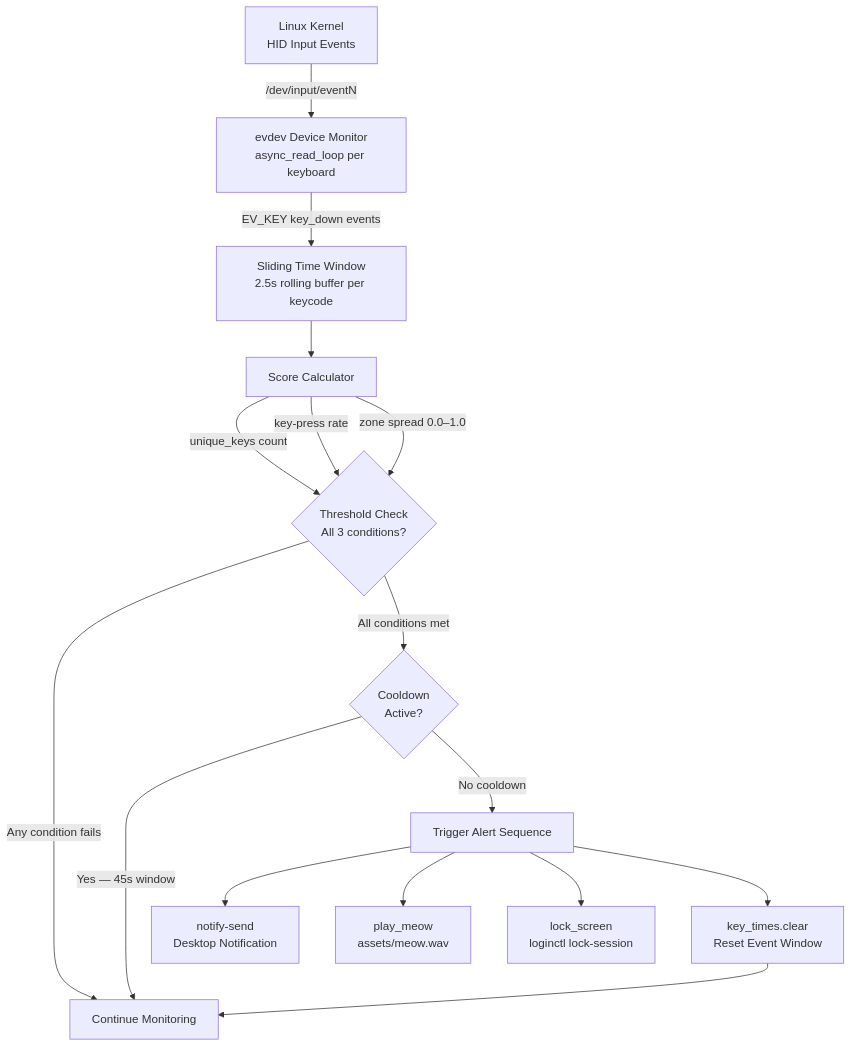
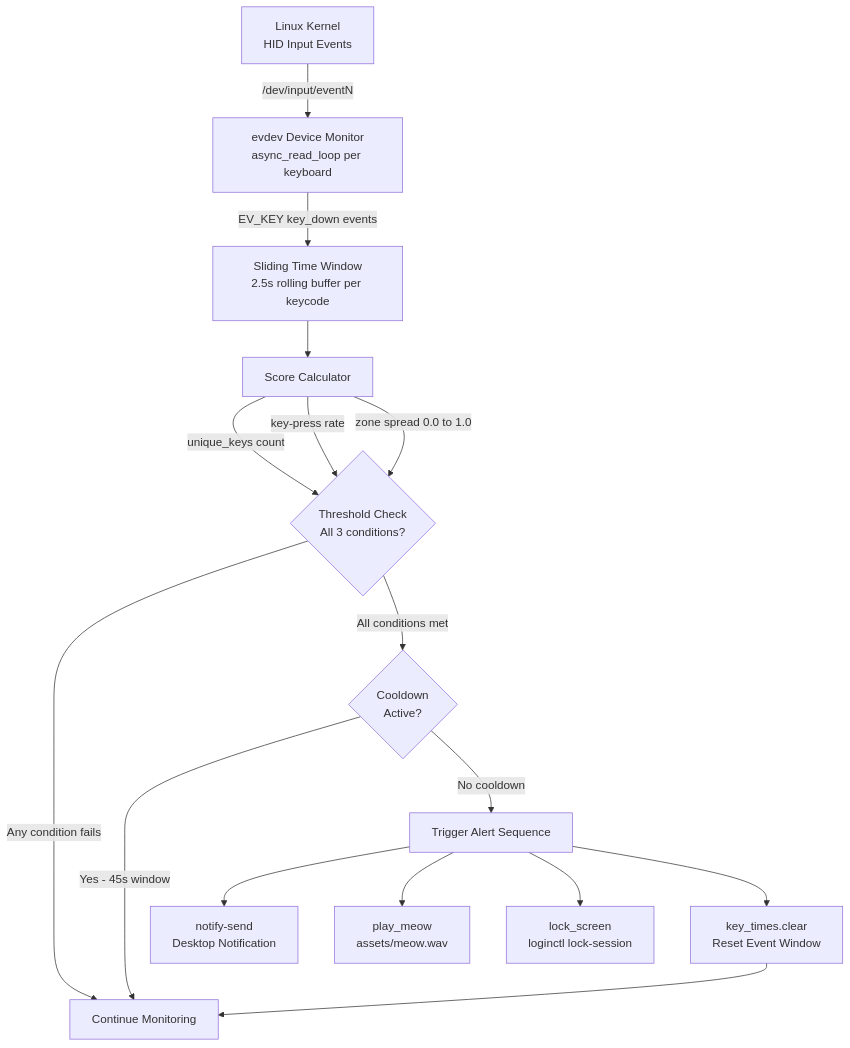
Before and after one commit to hkevin01/cat-detector: the first of 4 diagrams in README.md, drawn with Mermaid.

Commit message:
fix: improve readability of flowchart in README.md

````diff
--- a/README.md
+++ b/README.md
@@ -92,18 +92,18 @@
 ```mermaid
 flowchart TD
-    A[Linux Kernel\nHID Input Events] -->|/dev/input/eventN| B[evdev Device Monitor\nasync_read_loop per keyboard]
-    B -->|EV_KEY key_down events| C[Sliding Time Window\n2.5s rolling buffer per keycode]
-    C --> D[Score Calculator]
-    D -->|unique_keys count| E{Threshold Check\nAll 3 conditions?}
-    D -->|key-press rate| E
-    D -->|zone spread 0.0–1.0| E
-    E -->|Any condition fails| F[Continue Monitoring]
-    E -->|All conditions met| G{Cooldown\nActive?}
-    G -->|Yes — 45s window| F
-    G -->|No cooldown| H[Trigger Alert Sequence]
-    H --> I[notify-send\nDesktop Notification]
-    H --> J[play_meow\nassets/meow.wav]
-    H --> K[lock_screen\nloginctl lock-session]
-    H --> L[key_times.clear\nReset Event Window]
+  A["Linux Kernel<br/>HID Input Events"] -->|"/dev/input/eventN"| B["evdev Device Monitor<br/>async_read_loop per keyboard"]
+  B -->|"EV_KEY key_down events"| C["Sliding Time Window<br/>2.5s rolling buffer per keycode"]
+  C --> D["Score Calculator"]
+  D -->|"unique_keys count"| E{"Threshold Check<br/>All 3 conditions?"}
+  D -->|"key-press rate"| E
+  D -->|"zone spread 0.0 to 1.0"| E
+  E -->|"Any condition fails"| F["Continue Monitoring"]
+  E -->|"All conditions met"| G{"Cooldown<br/>Active?"}
+  G -->|"Yes - 45s window"| F
+  G -->|"No cooldown"| H["Trigger Alert Sequence"]
+  H --> I["notify-send<br/>Desktop Notification"]
+  H --> J["play_meow<br/>assets/meow.wav"]
+  H --> K["lock_screen<br/>loginctl lock-session"]
+  H --> L["key_times.clear<br/>Reset Event Window"]
     L --> F
 ```
````
